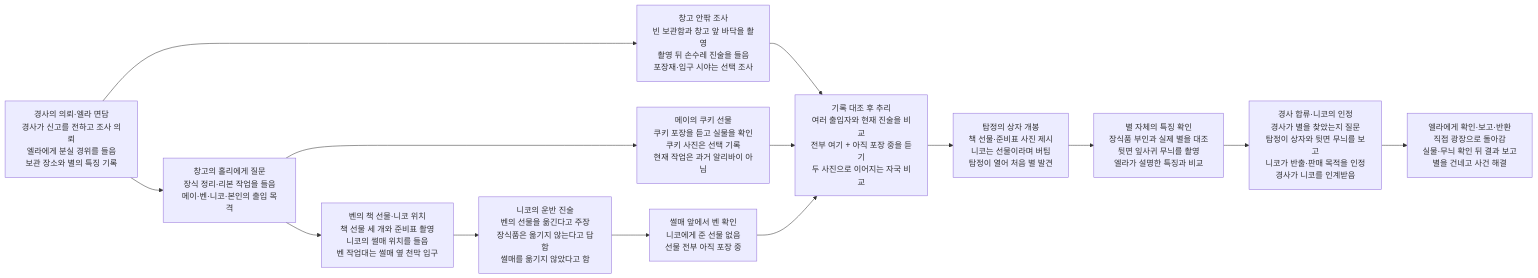
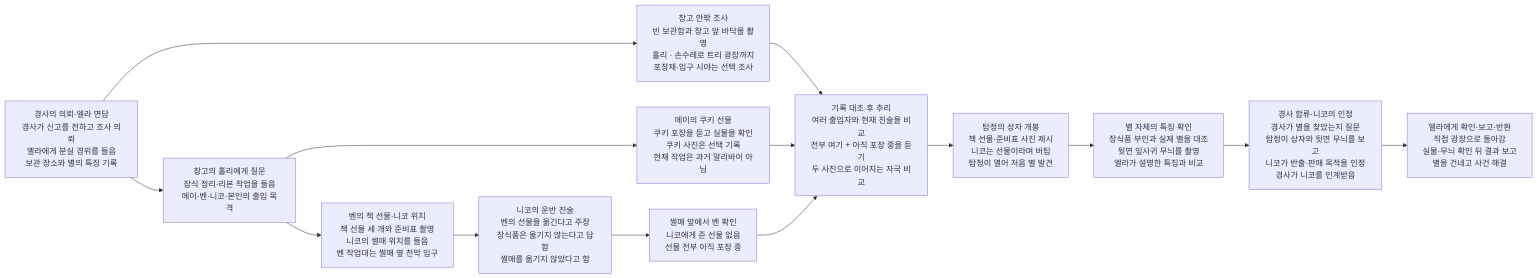
One commit to wonny95/detective-v2 changed the second of 2 diagrams in design/case-10-christmas-star.md. Above: the diagram before and after it, drawn with Mermaid. The commit also changed other lines of this file and 3 other files, not shown here.

````diff
--- a/design/case-10-christmas-star.md
+++ b/design/case-10-christmas-star.md
@@ -47,28 +47,28 @@
 ```mermaid
 flowchart LR
     s1["경사의 의뢰·엘라 면담<br/>경사가 신고를 전하고 조사 의뢰<br/>엘라에게 분실 경위를 들음<br/>보관 장소와 별의 특징 기록"]
     s2["창고의 홀리에게 질문<br/>장식 정리·리본 작업을 들음<br/>메이·벤·니코·본인의 출입 목격"]
-    s3["창고 안팎 조사<br/>빈 보관함과 창고 앞 바닥을 촬영<br/>촬영 뒤 손수레 진술을 들음<br/>포장재·입구 시야는 선택 조사"]
+    s3["창고 안팎 조사<br/>빈 보관함과 창고 앞 바닥을 촬영<br/>홀리 · 손수레로 트리 광장까지<br/>포장재·입구 시야는 선택 조사"]
     s4["메이의 쿠키 선물<br/>쿠키 포장을 듣고 실물을 확인<br/>쿠키 사진은 선택 기록<br/>현재 작업은 과거 알리바이 아님"]
     s5["벤의 책 선물·니코 위치<br/>책 선물 세 개와 준비표 촬영<br/>니코의 썰매 위치를 들음<br/>벤 작업대는 썰매 옆 천막 입구"]
     s6["니코의 운반 진술<br/>벤의 선물을 옮긴다고 주장<br/>장식품은 옮기지 않는다고 답함<br/>썰매를 옮기지 않았다고 함"]
     s7["썰매 앞에서 벤 확인<br/>니코에게 준 선물 없음<br/>선물 전부 아직 포장 중"]
     s8["기록 대조 후 추리<br/>여러 출입자와 현재 진술을 비교<br/>전부 여기 + 아직 포장 중을 듣기<br/>두 사진으로 이어지는 자국 비교"]
     s9["탐정의 상자 개봉<br/>책 선물·준비표 사진 제시<br/>니코는 선물이라며 버팀<br/>탐정이 열어 처음 별 발견"]
     s10["별 자체의 특징 확인<br/>장식품 부인과 실제 별을 대조<br/>뒷면 잎사귀 무늬를 촬영<br/>엘라가 설명한 특징과 비교"]
     s11["경사 합류·니코의 인정<br/>경사가 별을 찾았는지 질문<br/>탐정이 상자와 뒷면 무늬를 보고<br/>니코가 반출·판매 목적을 인정<br/>경사가 니코를 인계받음"]
     s12["엘라에게 확인·보고·반환<br/>직접 광장으로 돌아감<br/>실물·무늬 확인 뒤 결과 보고<br/>별을 건네고 사건 해결"]
     s1 --> s2
     s1 --> s3
     s2 --> s4
     s2 --> s5
     s3 --> s8
     s4 --> s8
     s5 --> s6
     s6 --> s7
     s7 --> s8
     s8 --> s9
     s9 --> s10
     s10 --> s11
     s11 --> s12
 ```
````
